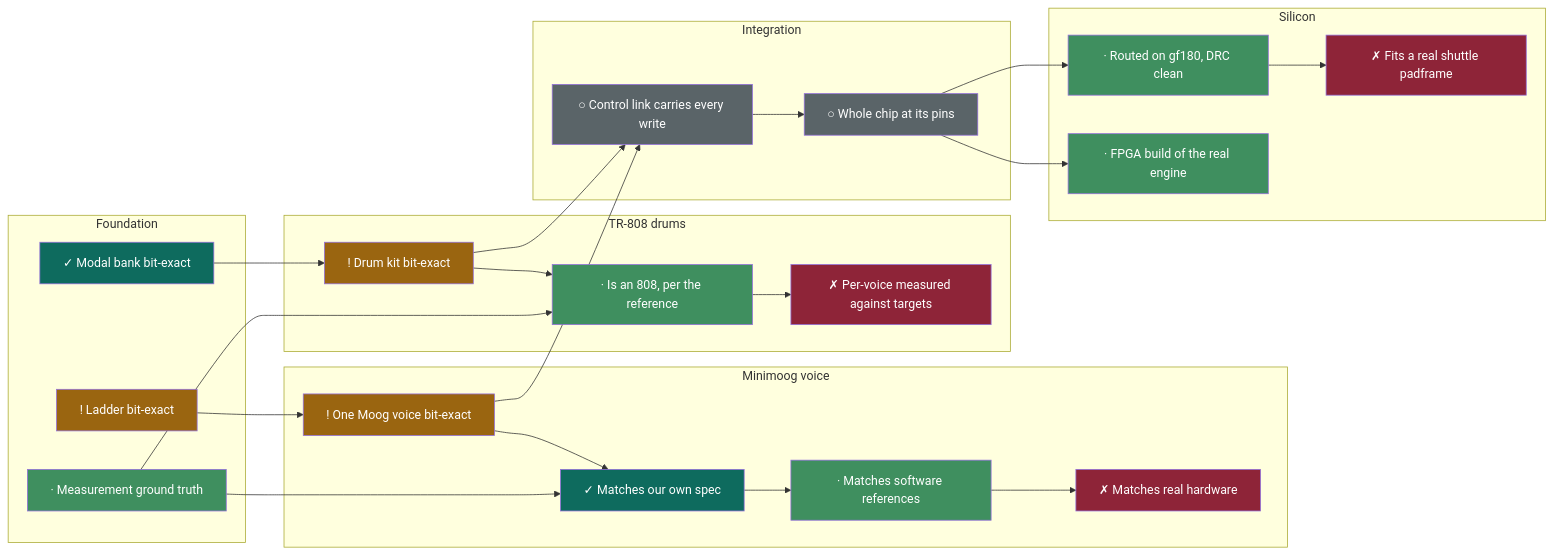
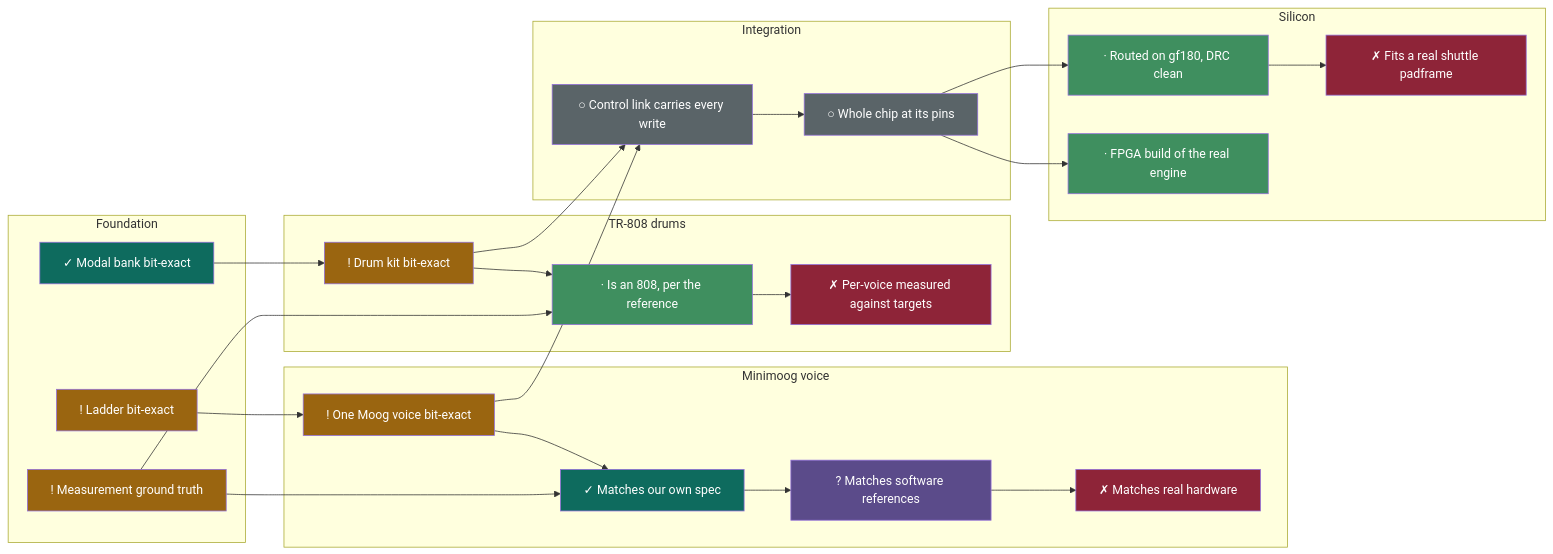
One commit to 2AMLogic/gf180-parasynth changed the diagram in README.md. Above: the diagram before and after it, drawn with Mermaid. The commit also changed other lines of this file and 1 other file, not shown here.

````diff
--- a/README.md
+++ b/README.md
@@ -69,58 +69,58 @@
 ```mermaid
 graph LR
   subgraph foundation["Foundation"]
     F1["! Ladder bit-exact"]
     F2["✓ Modal bank bit-exact"]
-    F3["· Measurement ground truth"]
+    F3["! Measurement ground truth"]
   end
   subgraph minimoog["Minimoog voice"]
     M1["! One Moog voice bit-exact"]
     M2["✓ Matches our own spec"]
-    M3["· Matches software references"]
+    M3["? Matches software references"]
     M4["✗ Matches real hardware"]
   end
   subgraph drums["TR-808 drums"]
     D1["! Drum kit bit-exact"]
     D2["· Is an 808, per the reference"]
     D3["✗ Per-voice measured against targets"]
   end
   subgraph integration["Integration"]
     I1["○ Control link carries every write"]
     I2["○ Whole chip at its pins"]
   end
   subgraph silicon["Silicon"]
     S1["· Routed on gf180, DRC clean"]
     S2["✗ Fits a real shuttle padframe"]
     S3["· FPGA build of the real engine"]
   end
   F1 --> M1
   M1 --> M2
   F3 --> M2
   M2 --> M3
   M3 --> M4
   F2 --> D1
   D1 --> D2
   F3 --> D2
   D2 --> D3
   M1 --> I1
   D1 --> I1
   I1 --> I2
   I2 --> S1
   S1 --> S2
   I2 --> S3
   style F1 fill:#9A6510,color:#fff
   style F2 fill:#0E6B5E,color:#fff
-  style F3 fill:#3f8f5f,color:#fff
+  style F3 fill:#9A6510,color:#fff
   style M1 fill:#9A6510,color:#fff
   style M2 fill:#0E6B5E,color:#fff
-  style M3 fill:#3f8f5f,color:#fff
+  style M3 fill:#5B4B8A,color:#fff
   style M4 fill:#8E2438,color:#fff
   style D1 fill:#9A6510,color:#fff
   style D2 fill:#3f8f5f,color:#fff
   style D3 fill:#8E2438,color:#fff
   style I1 fill:#5a6468,color:#fff
   style I2 fill:#5a6468,color:#fff
   style S1 fill:#3f8f5f,color:#fff
   style S2 fill:#8E2438,color:#fff
   style S3 fill:#3f8f5f,color:#fff
 ```
````
